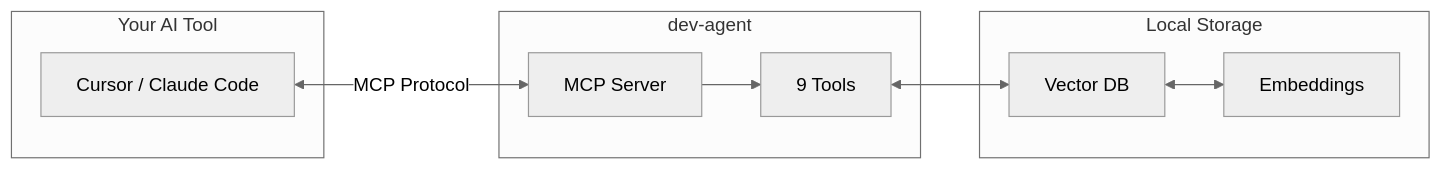
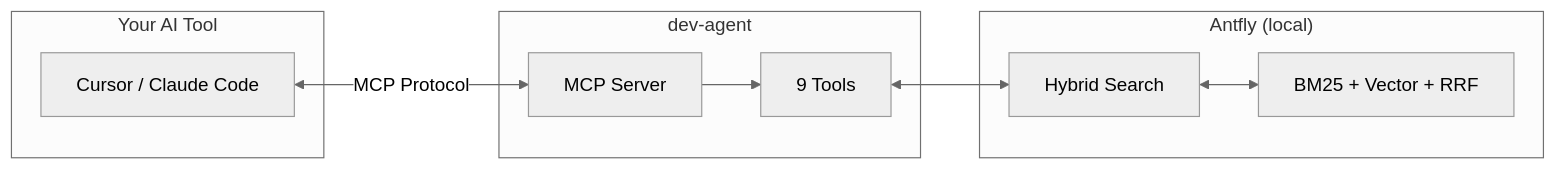
One commit to prosdevlab/dev-agent changed the diagram in website/content/index.mdx. Above: the diagram before and after it, drawn with Mermaid (neutral theme). The commit also changed other lines of this file and 3 other files, not shown here.

````diff
--- a/website/content/index.mdx
+++ b/website/content/index.mdx
@@ -132,21 +132,21 @@
 ```mermaid
 flowchart LR
     subgraph IDE["Your AI Tool"]
         A["Cursor / Claude Code"]
     end
-    
+
     subgraph Agent["dev-agent"]
         B["MCP Server"]
         C["9 Tools"]
     end
-    
-    subgraph Local["Local Storage"]
-        D["Vector DB"]
-        E["Embeddings"]
+
+    subgraph Local["Antfly (local)"]
+        D["Hybrid Search"]
+        E["BM25 + Vector + RRF"]
     end
-    
+
     A <-->|"MCP Protocol"| B
     B --> C
     C <--> D
     D <--> E
 ```
````
